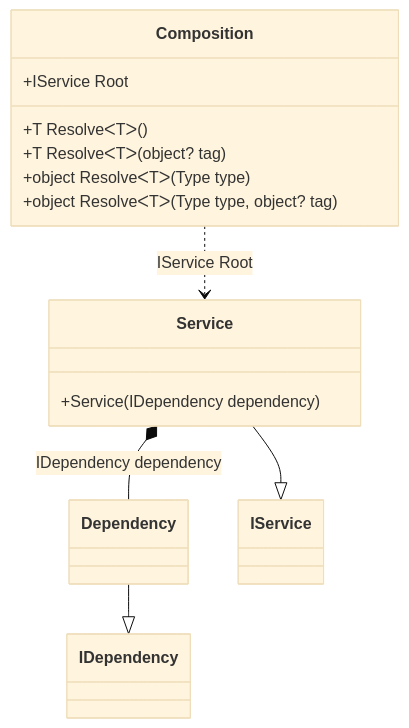
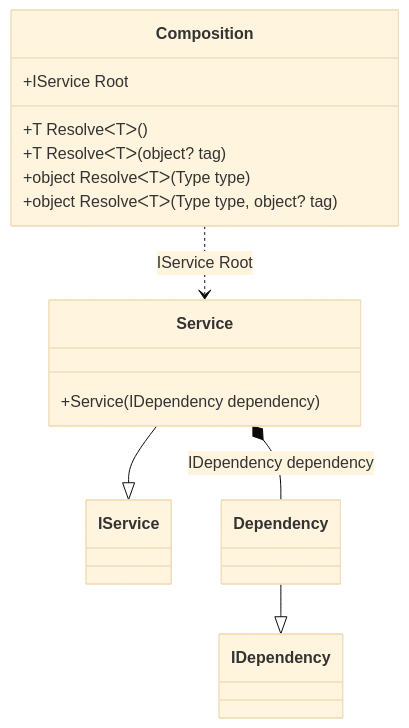
One commit to DevTeam/Pure.DI changed the third of 35 diagrams in readme/Examples.md. Above: the diagram before and after it, drawn with Mermaid (base theme). The commit also changed other lines of this file and 28 other files, not shown here.

````diff
--- a/readme/Examples.md
+++ b/readme/Examples.md
@@ -225,18 +210,18 @@
 ```mermaid
 classDiagram
 class Composition {
 +IService Root
 +T ResolveᐸTᐳ()
 +T ResolveᐸTᐳ(object? tag)
 +object ResolveᐸTᐳ(Type type)
 +object ResolveᐸTᐳ(Type type, object? tag)
 }
-Dependency --|> IDependency : 
-class Dependency
 Service --|> IService : 
 class Service {
 +Service(IDependency dependency)
 }
+Dependency --|> IDependency : 
+class Dependency
+Service *--  Dependency : IDependency dependency
 Composition ..> Service : IService Root
-Service *--  Dependency : IDependency dependency
 ```
````
